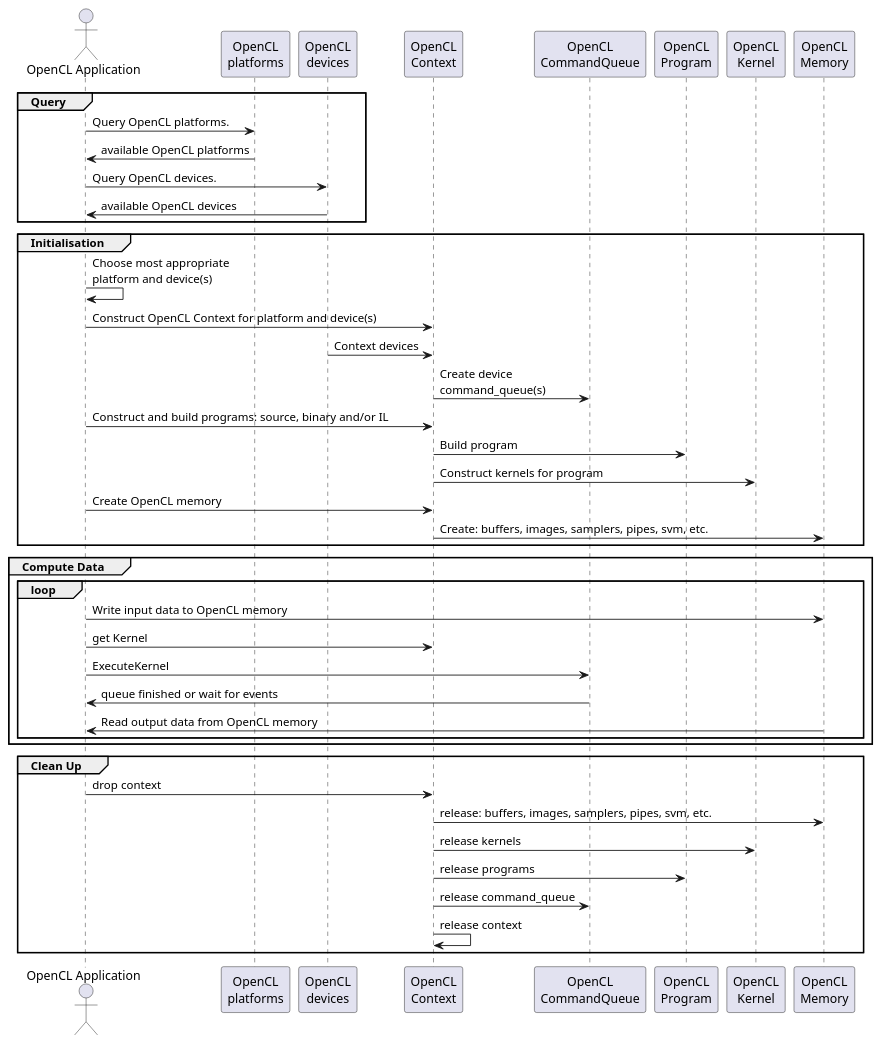
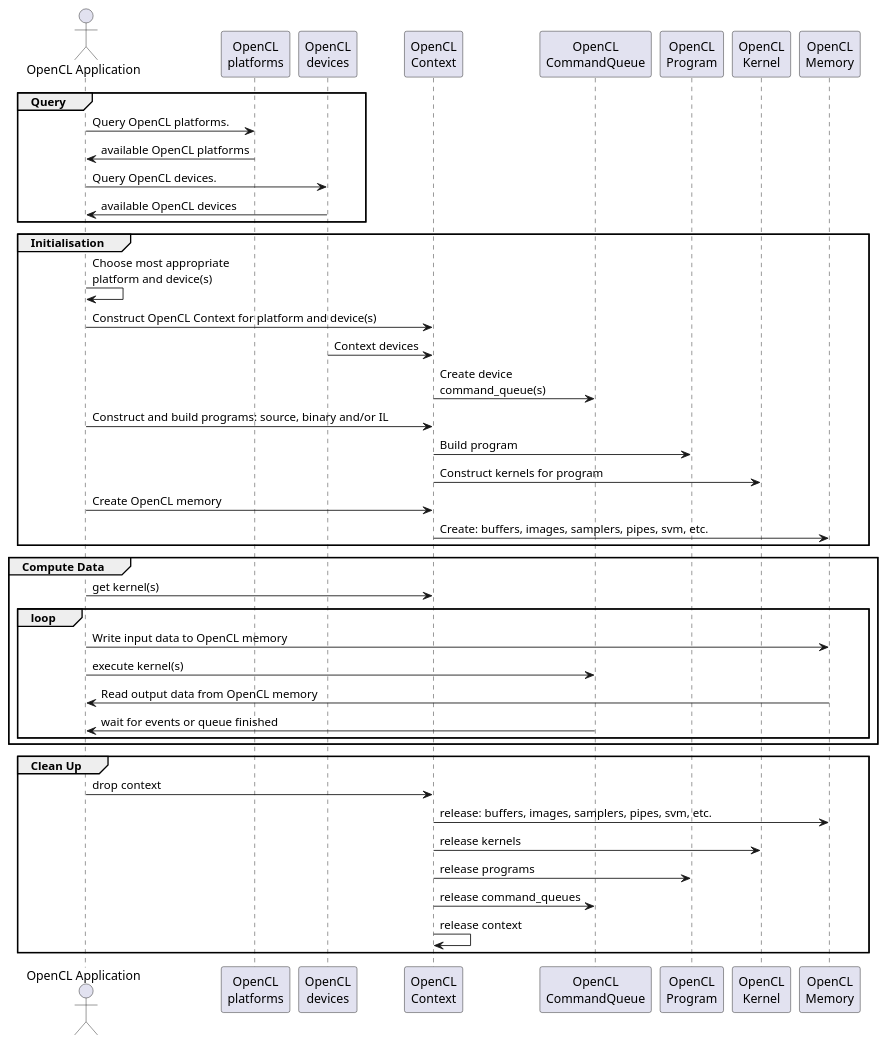
The diagram in docs/uml/opencl_app_sequence.puml (kenba/opencl3), drawn with PlantUML before and after one commit. The commit also changed 2 other files, not shown here.

```diff
--- a/docs/uml/opencl_app_sequence.puml
+++ b/docs/uml/opencl_app_sequence.puml
@@ -1,68 +1,69 @@
 @startuml
 
 'Copyright (c) 2021 Via Technology Ltd. All Rights Reserved.
 
 'title OpenCL Application Sequence
 
 actor "OpenCL Application" as user
 
 participant "OpenCL\nplatforms" as platforms
 
 participant "OpenCL\ndevices" as devices
 
 participant "OpenCL\nContext" as opencl_context
 
 participant "OpenCL\nCommandQueue" as opencl_queue
 
 participant "OpenCL\nProgram" as opencl_program
 
 participant "OpenCL\nKernel" as opencl_kernel
 
 participant "OpenCL\nMemory" as opencl_memory
 
 group Query
   user -> platforms : Query OpenCL platforms.
   user <- platforms : available OpenCL platforms
 
   user -> devices : Query OpenCL devices.
   user <- devices : available OpenCL devices
 end
 
 group Initialisation
   user -> user : Choose most appropriate\nplatform and device(s)
 
   user -> opencl_context : Construct OpenCL Context for platform and device(s)
 
   devices -> opencl_context : Context devices
 
   opencl_context -> opencl_queue : Create device\ncommand_queue(s)
 
   user -> opencl_context : Construct and build programs: source, binary and/or IL
   opencl_context -> opencl_program : Build program
   opencl_context -> opencl_kernel : Construct kernels for program
 
   user -> opencl_context : Create OpenCL memory
   opencl_context -> opencl_memory : Create: buffers, images, samplers, pipes, svm, etc.
 end
 
 group Compute Data
+  user -> opencl_context : get kernel(s)
+
   group loop
     user -> opencl_memory : Write input data to OpenCL memory
-    user -> opencl_context : get Kernel
-    user -> opencl_queue : ExecuteKernel
-    user <- opencl_queue : queue finished or wait for events
+    user -> opencl_queue : execute kernel(s)
     user <- opencl_memory : Read output data from OpenCL memory
+    user <- opencl_queue : wait for events or queue finished
   end
 end
 
 group Clean Up
   user -> opencl_context : drop context
 
   opencl_context -> opencl_memory : release: buffers, images, samplers, pipes, svm, etc.
   opencl_context -> opencl_kernel : release kernels
   opencl_context -> opencl_program : release programs
-  opencl_context -> opencl_queue : release command_queue
+  opencl_context -> opencl_queue : release command_queues
   opencl_context -> opencl_context : release context
 end
 
 @enduml
```
